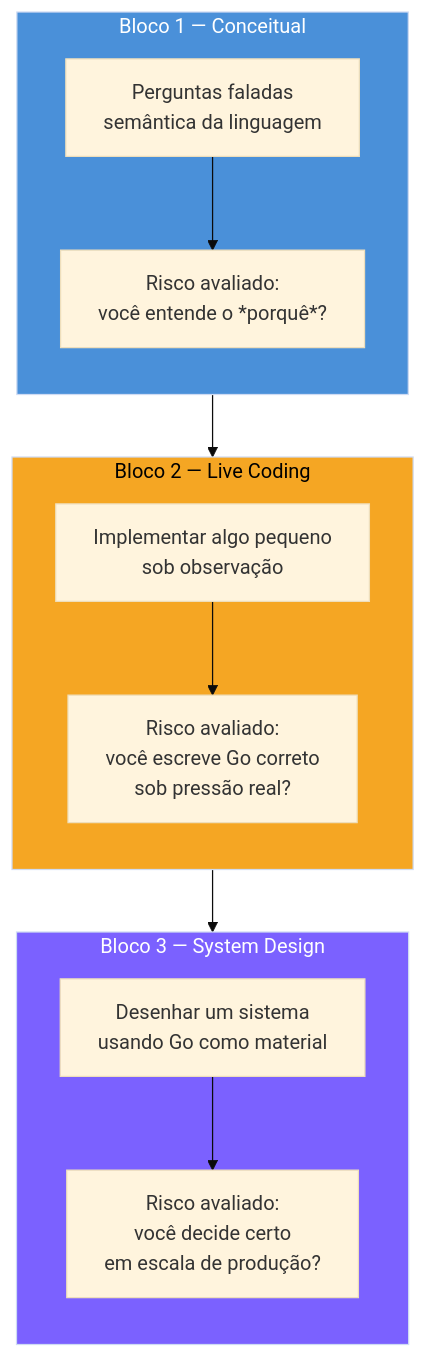
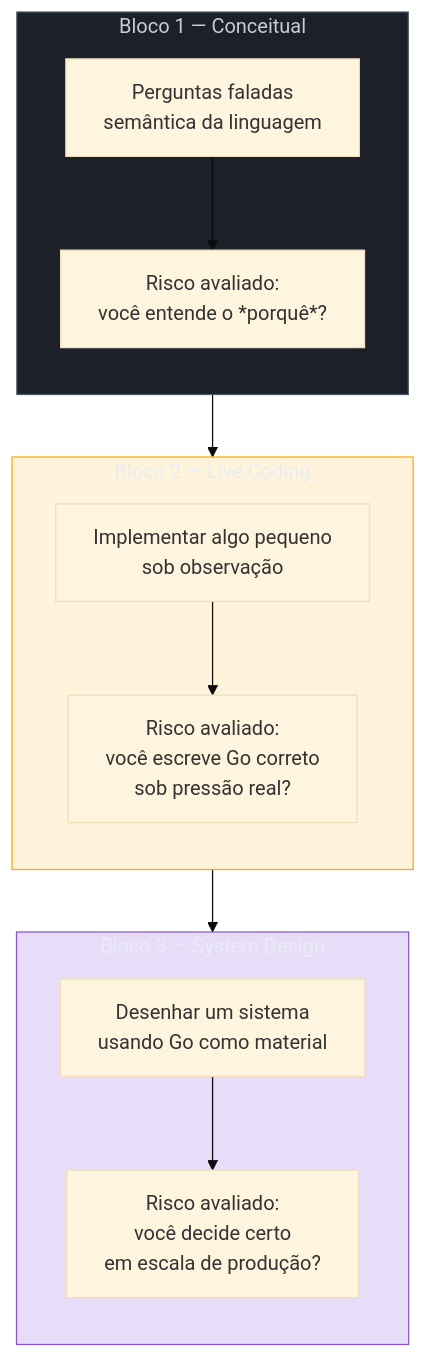
One commit to josenaldo/codex-technomanticus changed the first of 2 diagrams in 03-Dominios/Tecnologia/Go/21 - Preparação para entrevista de Go/01 - O que cai numa entrevista de Go.md. Above: the diagram before and after it, drawn with Mermaid (base theme). The commit also changed other lines of this file and 1181 other files, not shown here.

First line of the commit message:
fix(diagramas): paleta do sistema no lugar de cor cravada no markdown

````diff
--- a/03-Dominios/Tecnologia/Go/21 - Preparação para entrevista de Go/01 - O que cai numa entrevista de Go.md
+++ b/03-Dominios/Tecnologia/Go/21 - Preparação para entrevista de Go/01 - O que cai numa entrevista de Go.md
@@ -30,27 +30,30 @@
 ```mermaid
 flowchart TB
+    classDef neutro fill:#1B2029,stroke:#4E5666,color:#C6CCD8
+    classDef destaque fill:#FFAA0024,stroke:#FFAA00,color:#E9ECF2
+    classDef marca fill:#8855DF33,stroke:#8855DF,color:#E9ECF2
     subgraph B1["Bloco 1 — Conceitual"]
         direction TB
         C1["Perguntas faladas\nsemântica da linguagem"]
         C2["Risco avaliado:\nvocê entende o *porquê*?"]
         C1 --> C2
     end
     subgraph B2["Bloco 2 — Live Coding"]
         direction TB
         L1["Implementar algo pequeno\nsob observação"]
         L2["Risco avaliado:\nvocê escreve Go correto\nsob pressão real?"]
         L1 --> L2
     end
     subgraph B3["Bloco 3 — System Design"]
         direction TB
         S1["Desenhar um sistema\nusando Go como material"]
         S2["Risco avaliado:\nvocê decide certo\nem escala de produção?"]
         S1 --> S2
     end
 
     B1 --> B2 --> B3
 
-    style B1 fill:#4A90D9,color:#fff
-    style B2 fill:#F5A623,color:#000
-    style B3 fill:#7B61FF,color:#fff
+    class B1 neutro
+    class B2 destaque
+    class B3 marca
 ```
````
